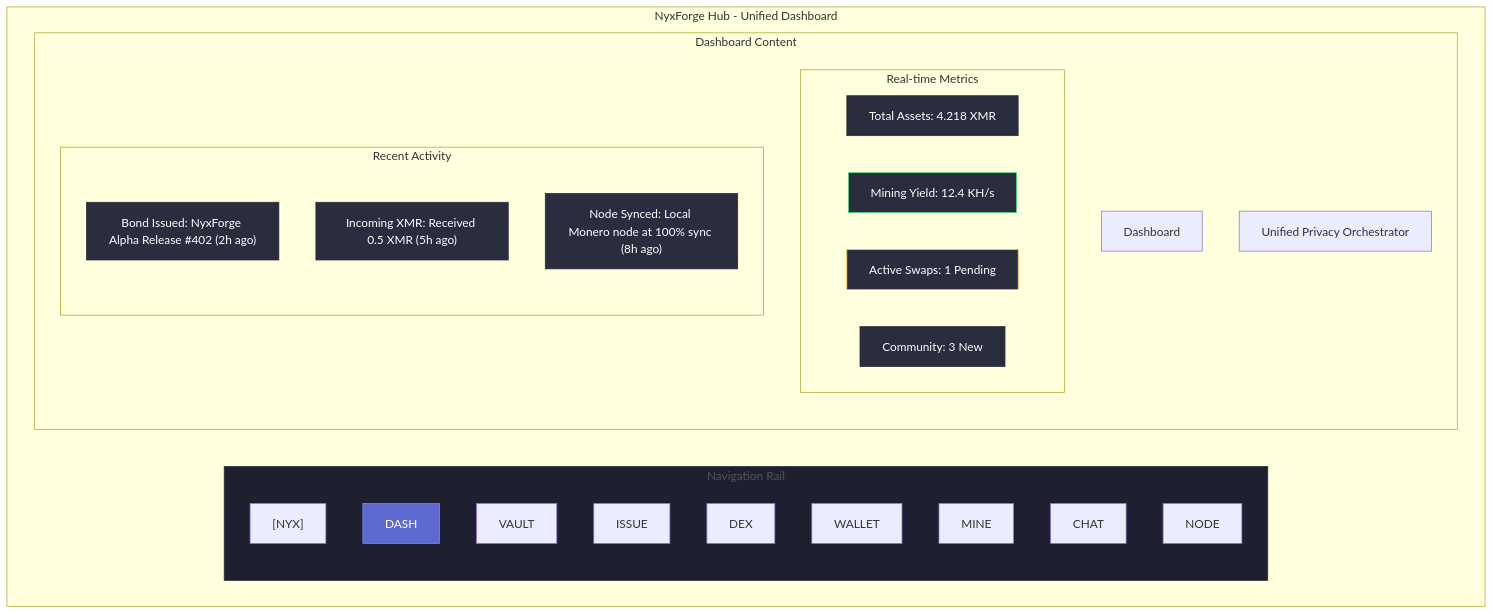
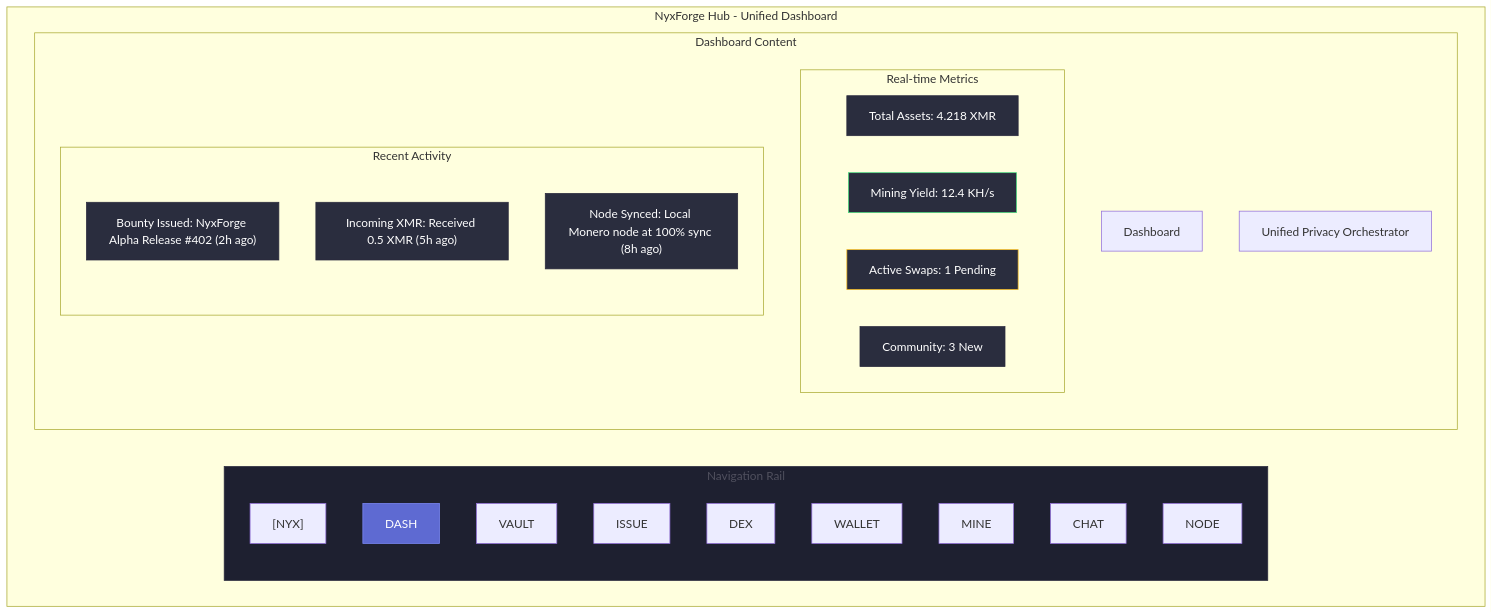
One commit to archerships/nyxforge changed the diagram in docs/storyboards/archive/hub-dashboard.mmd. Above: the diagram before and after it, drawn with Mermaid. The commit also changed 86 other files, not shown here.

First line of the commit message:
rename: bond -> bounty across code and docs

```diff
--- a/docs/storyboards/archive/hub-dashboard.mmd
+++ b/docs/storyboards/archive/hub-dashboard.mmd
@@ -1,44 +1,44 @@
 graph TD
     subgraph Hub ["NyxForge Hub - Unified Dashboard"]
         subgraph Sidebar ["Navigation Rail"]
             Logo["[NYX]"]
             D["DASH"]
             V["VAULT"]
             I["ISSUE"]
             X["DEX"]
             W["WALLET"]
             M["MINE"]
             C["CHAT"]
             N["NODE"]
         end
 
         subgraph Main ["Dashboard Content"]
             Title["Dashboard"]
             SubTitle["Unified Privacy Orchestrator"]
 
             subgraph Stats ["Real-time Metrics"]
                 WCard["Total Assets: 4.218 XMR"]
                 MCard["Mining Yield: 12.4 KH/s"]
                 SCard["Active Swaps: 1 Pending"]
                 CCard["Community: 3 New"]
             end
 
             subgraph Activity ["Recent Activity"]
-                A1["Bond Issued: NyxForge Alpha Release #402 (2h ago)"]
+                A1["Bounty Issued: NyxForge Alpha Release #402 (2h ago)"]
                 A2["Incoming XMR: Received 0.5 XMR (5h ago)"]
                 A3["Node Synced: Local Monero node at 100% sync (8h ago)"]
             end
         end
     end
 
     classDef sidebar fill:#1E2030,stroke:#2A2A3D,color:#50505E;
     classDef active fill:#5E6AD2,stroke:#7C89F8,color:#FFFFFF;
     classDef card fill:#2A2D3E,stroke:#2A2A3D,color:#FFFFFF;
     classDef success stroke:#4ADE80;
     classDef warning stroke:#FBBF24;
 
     class Sidebar sidebar;
     class D active;
     class WCard,MCard,SCard,CCard,A1,A2,A3 card;
     class MCard success;
     class SCard warning;
```
